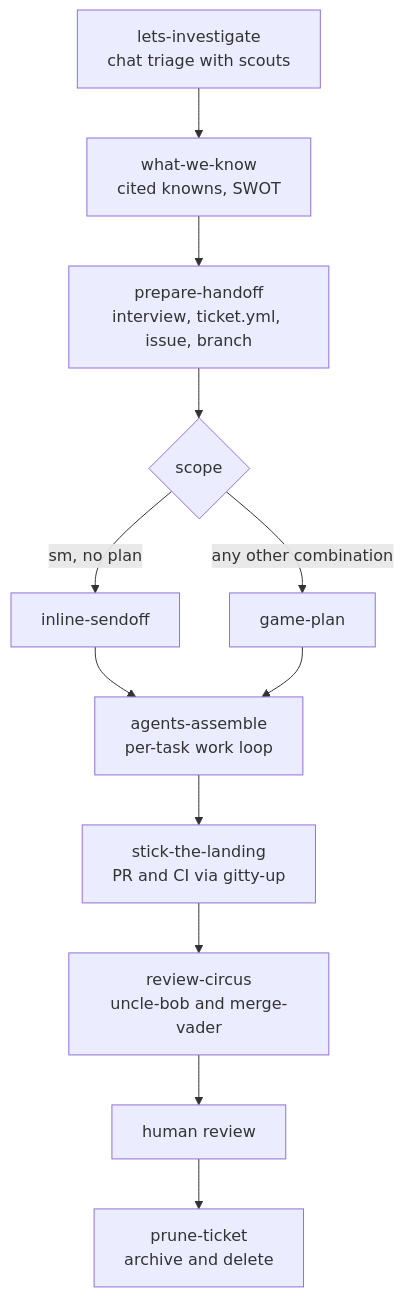
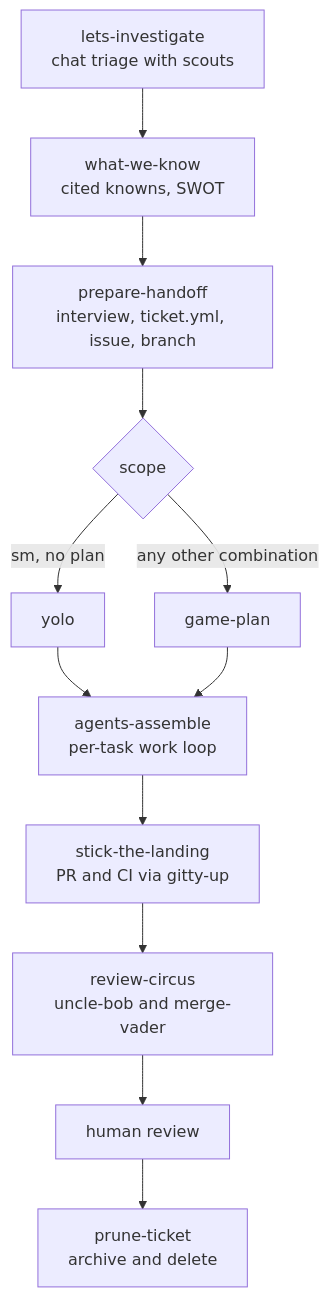
Before and after one commit to rhawk117/rygentic-harness: the diagram in README.md, drawn with Mermaid. The commit also changed other lines of this file and 33 other files, not shown here.

````diff
--- a/README.md
+++ b/README.md
@@ -37,14 +37,14 @@
 ```mermaid
 flowchart TD
     A["lets-investigate\nchat triage with scouts"] --> B["what-we-know\ncited knowns, SWOT"]
     B --> C["prepare-handoff\ninterview, ticket.yml, issue, branch"]
     C --> D{scope}
-    D -->|"sm, no plan"| E["inline-sendoff"]
+    D -->|"sm, no plan"| E["yolo"]
     D -->|"any other combination"| F["game-plan"]
     E --> G["agents-assemble\nper-task work loop"]
     F --> G
     G --> H["stick-the-landing\nPR and CI via gitty-up"]
     H --> I["review-circus\nuncle-bob and merge-vader"]
     I --> J["human review"]
     J --> K["prune-ticket\narchive and delete"]
 ```
````
